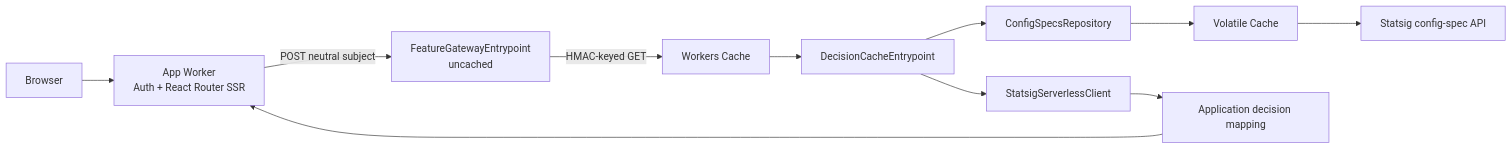
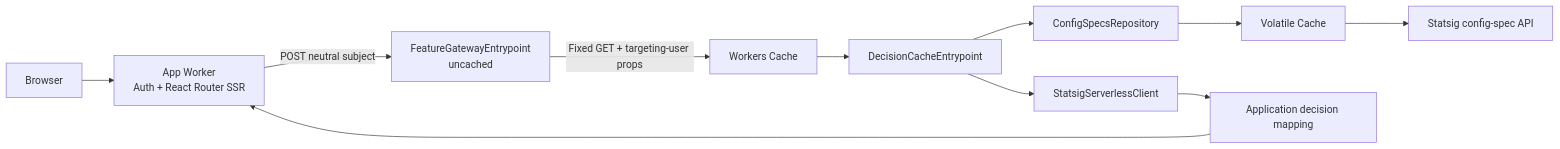
The diagram in README.md (irvinebroque/reference-example-kitchen-sink), drawn with Mermaid before and after one commit. The commit also changed other lines of this file and 11 other files, not shown here.

Commit message:
Replace Statsig cache auth with entrypoint props

````diff
--- a/README.md
+++ b/README.md
@@ -34,13 +34,13 @@
 ```mermaid
 flowchart LR
     Browser --> App["App Worker\nAuth + React Router SSR"]
     App -->|"POST neutral subject"| Gateway["FeatureGatewayEntrypoint\nuncached"]
-    Gateway -->|"HMAC-keyed GET"| Cache["Workers Cache"]
+    Gateway -->|"Fixed GET + targeting-user props"| Cache["Workers Cache"]
     Cache --> Decisions["DecisionCacheEntrypoint"]
     Decisions --> Repository["ConfigSpecsRepository"]
     Repository --> Volatile["Volatile Cache"]
     Volatile --> Provider["Statsig config-spec API"]
     Decisions --> SDK["StatsigServerlessClient"]
     SDK --> Mapping["Application decision mapping"]
     Mapping --> App
 ```
````
